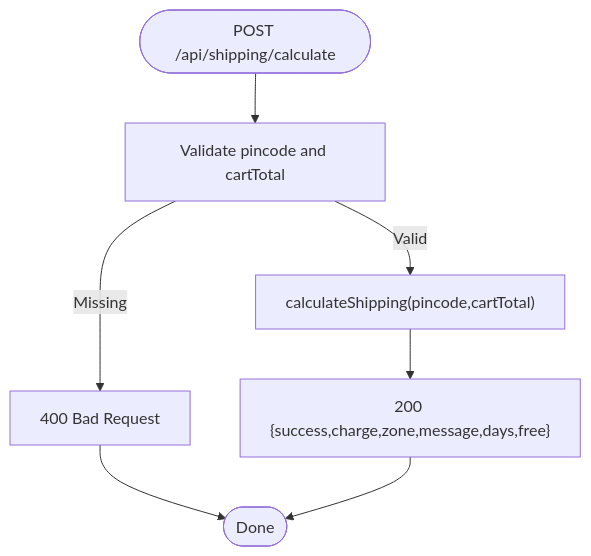
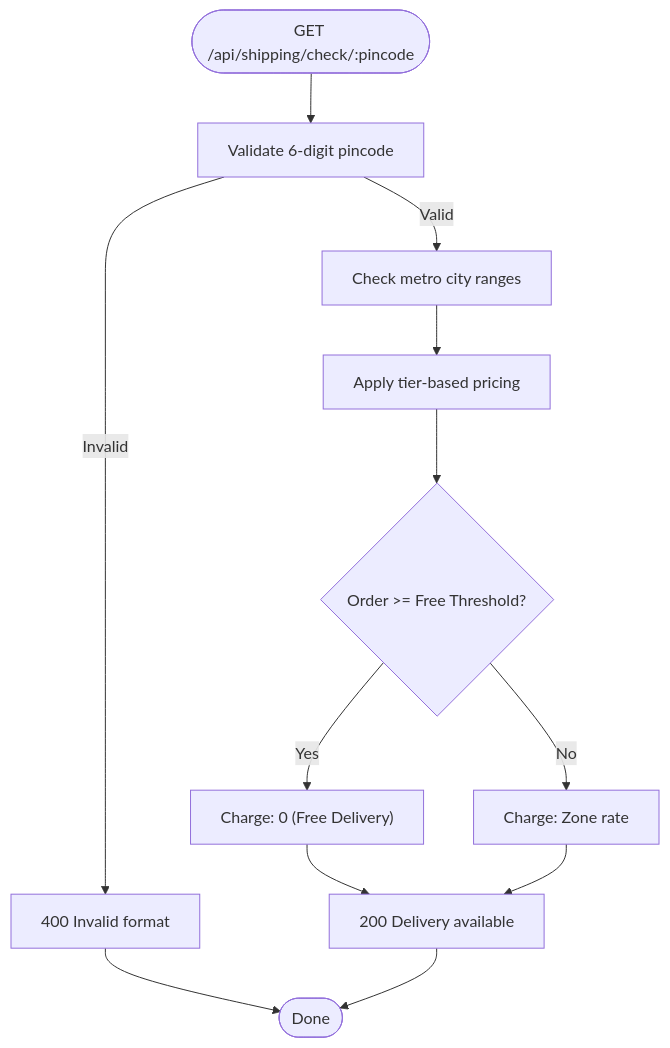
Before and after one commit to Pavan-PSPK9032/TrendsandToss: the eighth of 10 diagrams in .qoder/repowiki/en/content/Backend API Documentation/Backend API Documentation.md, drawn with Mermaid. The commit also changed other lines of this file and 16 other files, not shown here.

````diff
--- a/.qoder/repowiki/en/content/Backend API Documentation/Backend API Documentation.md
+++ b/.qoder/repowiki/en/content/Backend API Documentation/Backend API Documentation.md
@@ -430,9 +441,14 @@
 ```mermaid
 flowchart TD
-Start(["POST /api/shipping/calculate"]) --> Validate["Validate pincode and cartTotal"]
-Validate --> |Missing| E400["400 Bad Request"]
-Validate --> |Valid| Calc["calculateShipping(pincode,cartTotal)"]
-Calc --> Resp["200 {success,charge,zone,message,days,free}"]
+Start(["GET /api/shipping/check/:pincode"]) --> Validate["Validate 6-digit pincode"]
+Validate --> |Invalid| E400["400 Invalid format"]
+Validate --> |Valid| MetroCheck["Check metro city ranges"]
+MetroCheck --> TierPricing["Apply tier-based pricing"]
+TierPricing --> FreeEligible{"Order >= Free Threshold?"}
+FreeEligible --> |Yes| Free["Charge: 0 (Free Delivery)"]
+FreeEligible --> |No| Standard["Charge: Zone rate"]
+Free --> Resp["200 Delivery available"]
+Standard --> Resp
 E400 --> End
 Resp --> End(["Done"])
 ```
````
